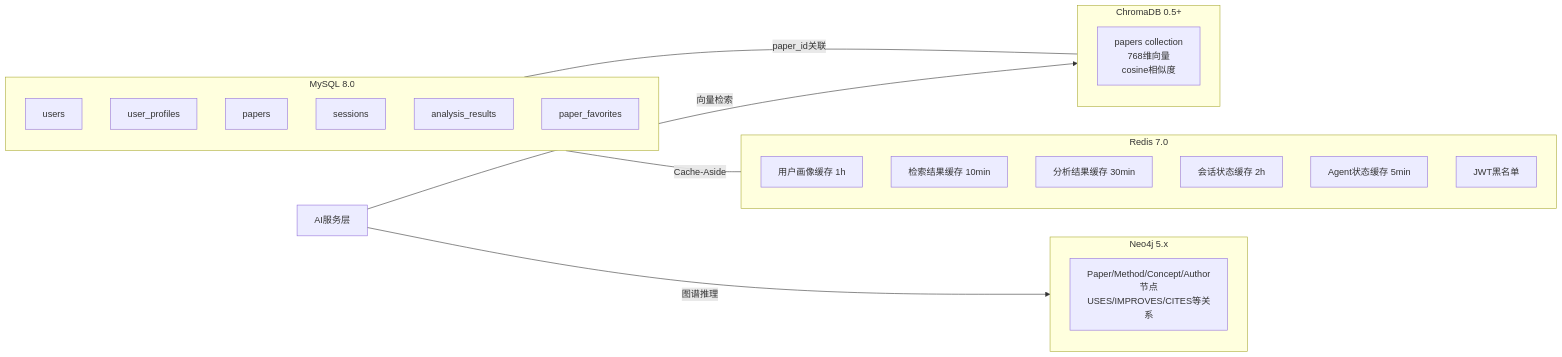
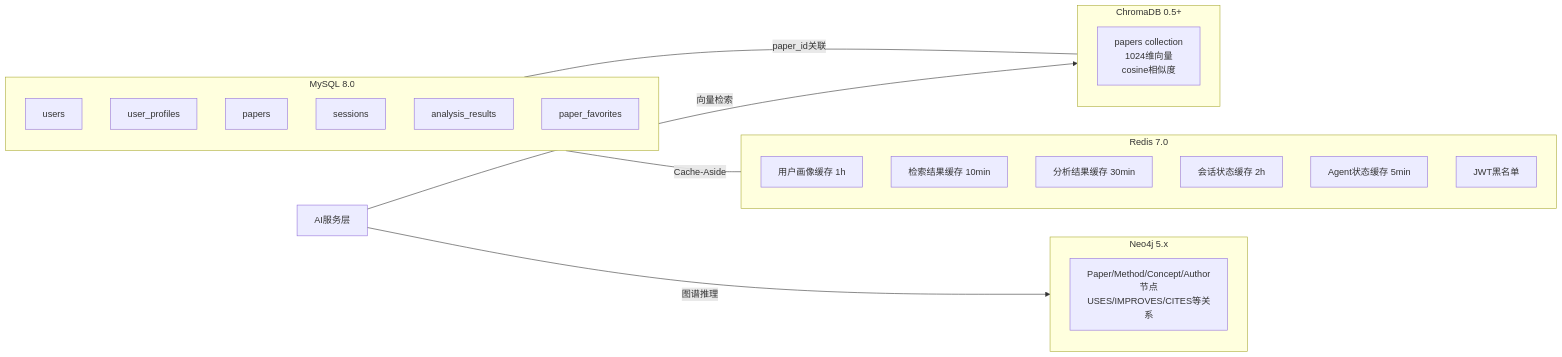
The second of 4 diagrams in AGENTS.md (Fsu7/Veritas-), drawn with Mermaid before and after one commit. The commit also changed other lines of this file and 95 other files, not shown here.

````diff
--- a/AGENTS.md
+++ b/AGENTS.md
@@ -64,29 +64,29 @@
 ```mermaid
 graph LR
     subgraph MySQL8[MySQL 8.0]
         T1[users]
         T2[user_profiles]
         T3[papers]
         T4[sessions]
         T5[analysis_results]
         T6[paper_favorites]
     end
     subgraph Redis7[Redis 7.0]
         C1[用户画像缓存 1h]
         C2[检索结果缓存 10min]
         C3[分析结果缓存 30min]
         C4[会话状态缓存 2h]
         C5[Agent状态缓存 5min]
         C6[JWT黑名单]
     end
     subgraph Chroma[ChromaDB 0.5+]
-        V1[papers collection<br/>768维向量<br/>cosine相似度]
+        V1[papers collection<br/>1024维向量<br/>cosine相似度]
     end
     subgraph Neo4j[Neo4j 5.x]
         G1[Paper/Method/Concept/Author节点<br/>USES/IMPROVES/CITES等关系]
     end
     MySQL8 ---|paper_id关联| Chroma
     MySQL8 ---|Cache-Aside| Redis7
     AI服务层 -->|向量检索| Chroma
     AI服务层 -->|图谱推理| Neo4j
 ```
````
